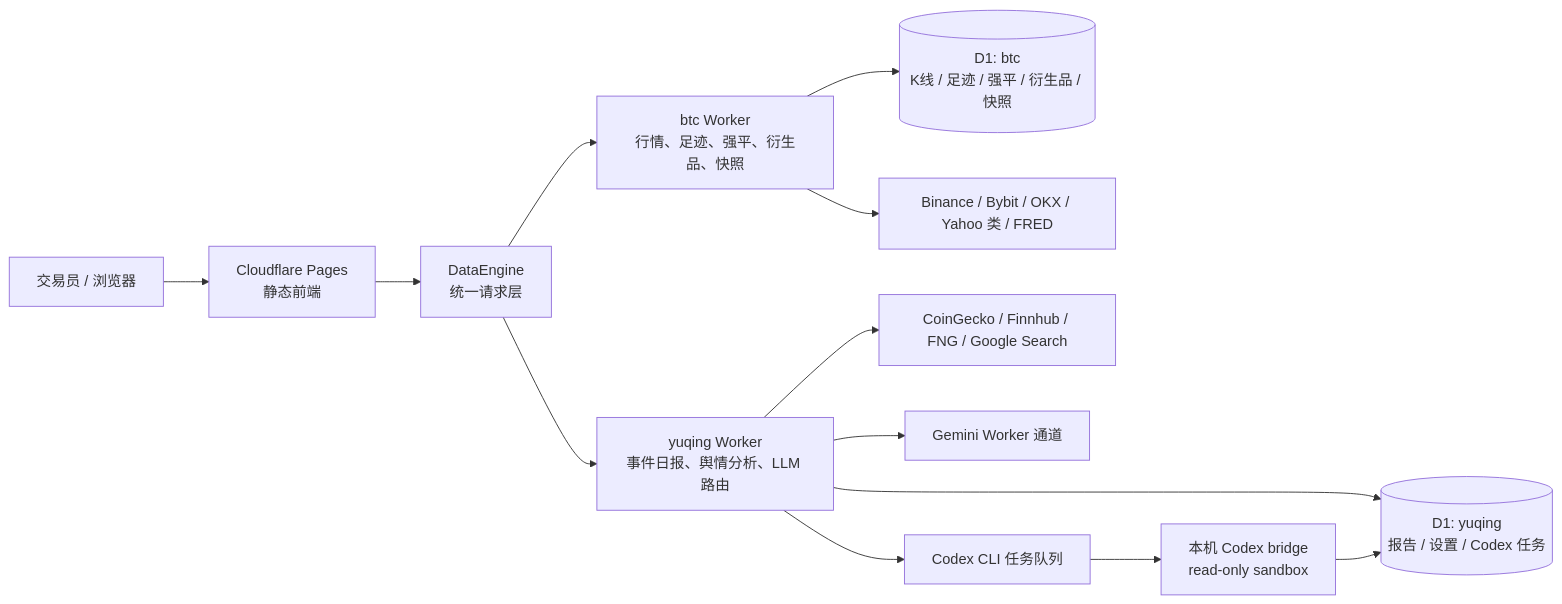
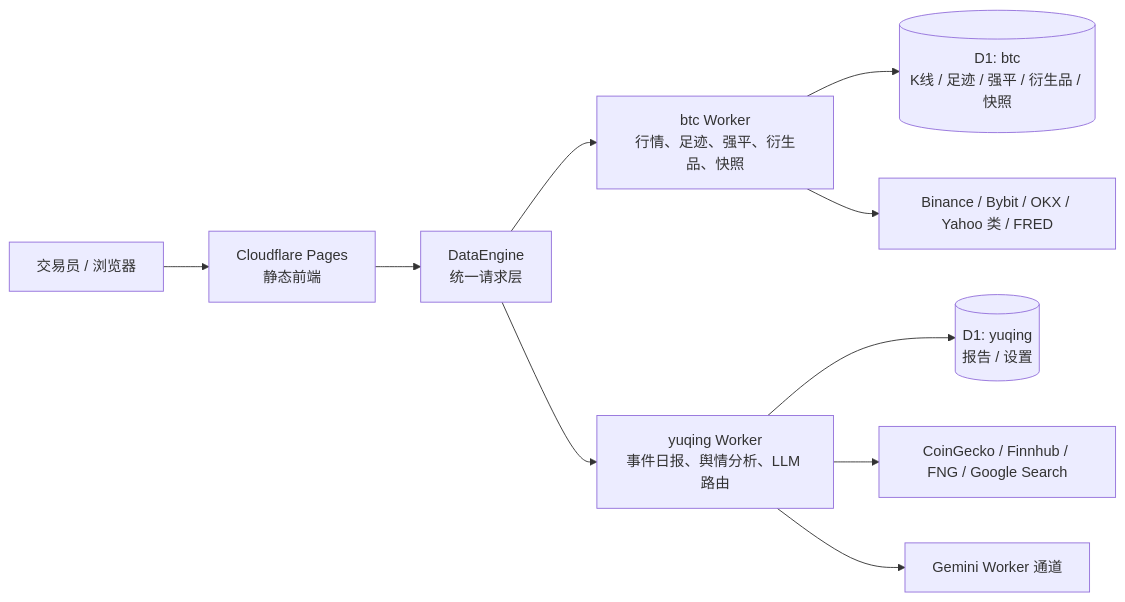
The first of 2 diagrams in README.md (Feini2002/Bitcoin), drawn with Mermaid before and after one commit. The commit also changed other lines of this file and 93 other files, not shown here.

````diff
--- a/README.md
+++ b/README.md
@@ -17,18 +23,15 @@
 ```mermaid
 flowchart LR
   user["交易员 / 浏览器"] --> pages["Cloudflare Pages<br/>静态前端"]
   pages --> dataEngine["DataEngine<br/>统一请求层"]
 
   dataEngine --> btcWorker["btc Worker<br/>行情、足迹、强平、衍生品、快照"]
   dataEngine --> yuqingWorker["yuqing Worker<br/>事件日报、舆情分析、LLM 路由"]
 
   btcWorker --> btcD1[("D1: btc<br/>K线 / 足迹 / 强平 / 衍生品 / 快照")]
-  yuqingWorker --> yuqingD1[("D1: yuqing<br/>报告 / 设置 / Codex 任务")]
+  yuqingWorker --> yuqingD1[("D1: yuqing<br/>报告 / 设置")]
 
   btcWorker --> marketApis["Binance / Bybit / OKX / Yahoo 类 / FRED"]
   yuqingWorker --> facts["CoinGecko / Finnhub / FNG / Google Search"]
   yuqingWorker --> gemini["Gemini Worker 通道"]
-  yuqingWorker --> codexQueue["Codex CLI 任务队列"]
-  codexQueue --> localBridge["本机 Codex bridge<br/>read-only sandbox"]
-  localBridge --> yuqingD1
 ```
````
